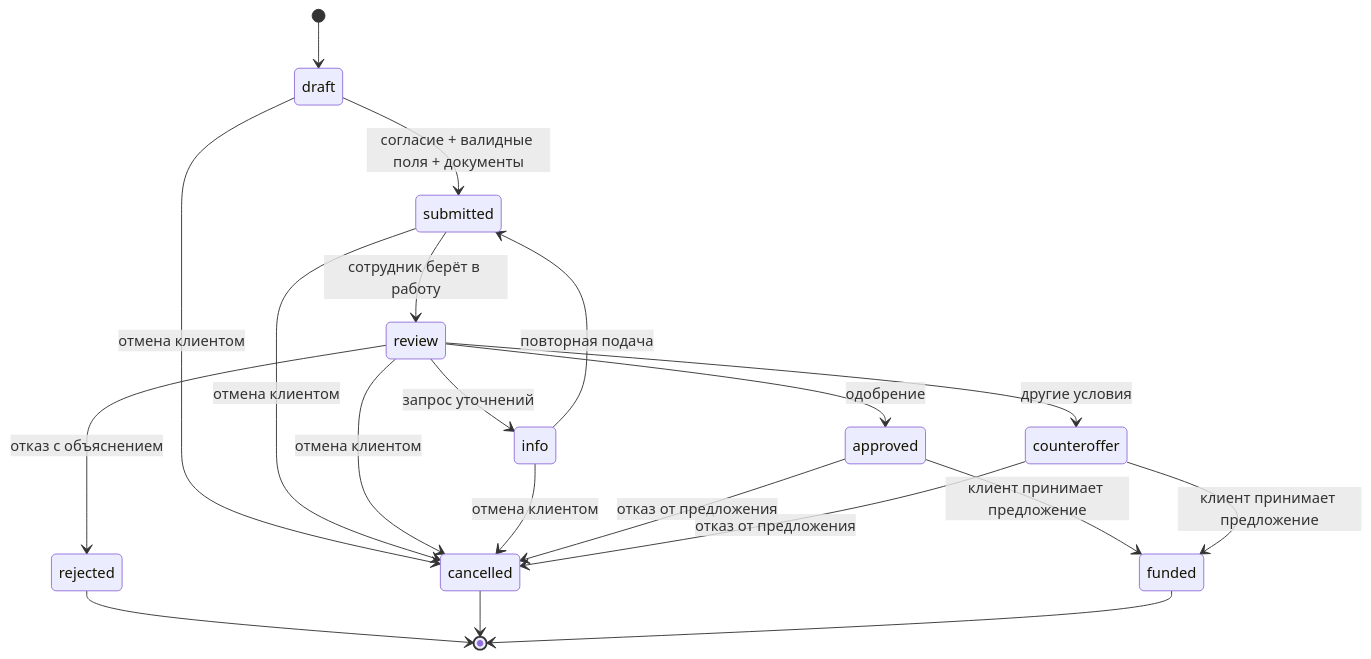
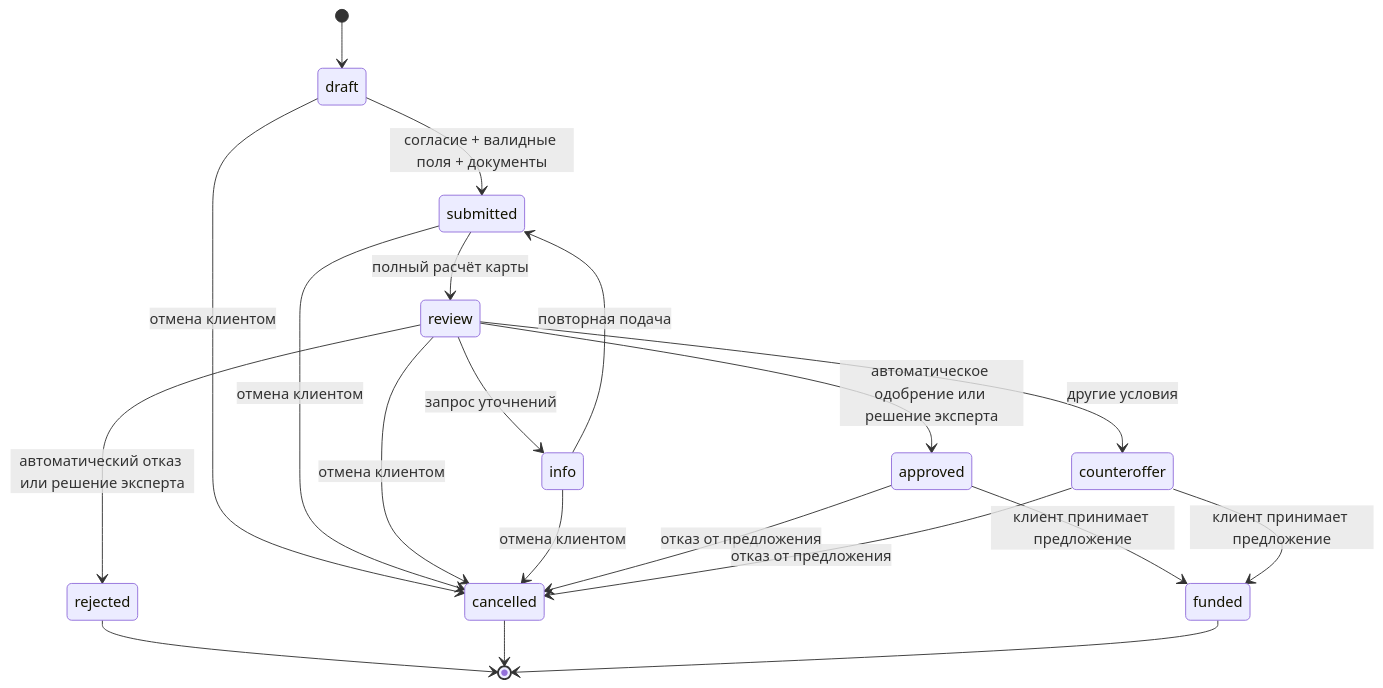
The second of 3 diagrams in docs/architecture.md (falvah/alpha), drawn with Mermaid before and after one commit. The commit also changed other lines of this file and 74 other files, not shown here.

````diff
--- a/docs/architecture.md
+++ b/docs/architecture.md
@@ -30,22 +32,22 @@
 ```mermaid
 stateDiagram-v2
   [*] --> draft
   draft --> submitted: согласие + валидные поля + документы
-  submitted --> review: сотрудник берёт в работу
+  submitted --> review: полный расчёт карты
   review --> info: запрос уточнений
   info --> submitted: повторная подача
-  review --> approved: одобрение
+  review --> approved: автоматическое одобрение или решение эксперта
   review --> counteroffer: другие условия
-  review --> rejected: отказ с объяснением
+  review --> rejected: автоматический отказ или решение эксперта
   approved --> funded: клиент принимает предложение
   counteroffer --> funded: клиент принимает предложение
   draft --> cancelled: отмена клиентом
   submitted --> cancelled: отмена клиентом
   review --> cancelled: отмена клиентом
   info --> cancelled: отмена клиентом
   approved --> cancelled: отказ от предложения
   counteroffer --> cancelled: отказ от предложения
   rejected --> [*]
   cancelled --> [*]
   funded --> [*]
 ```
````
